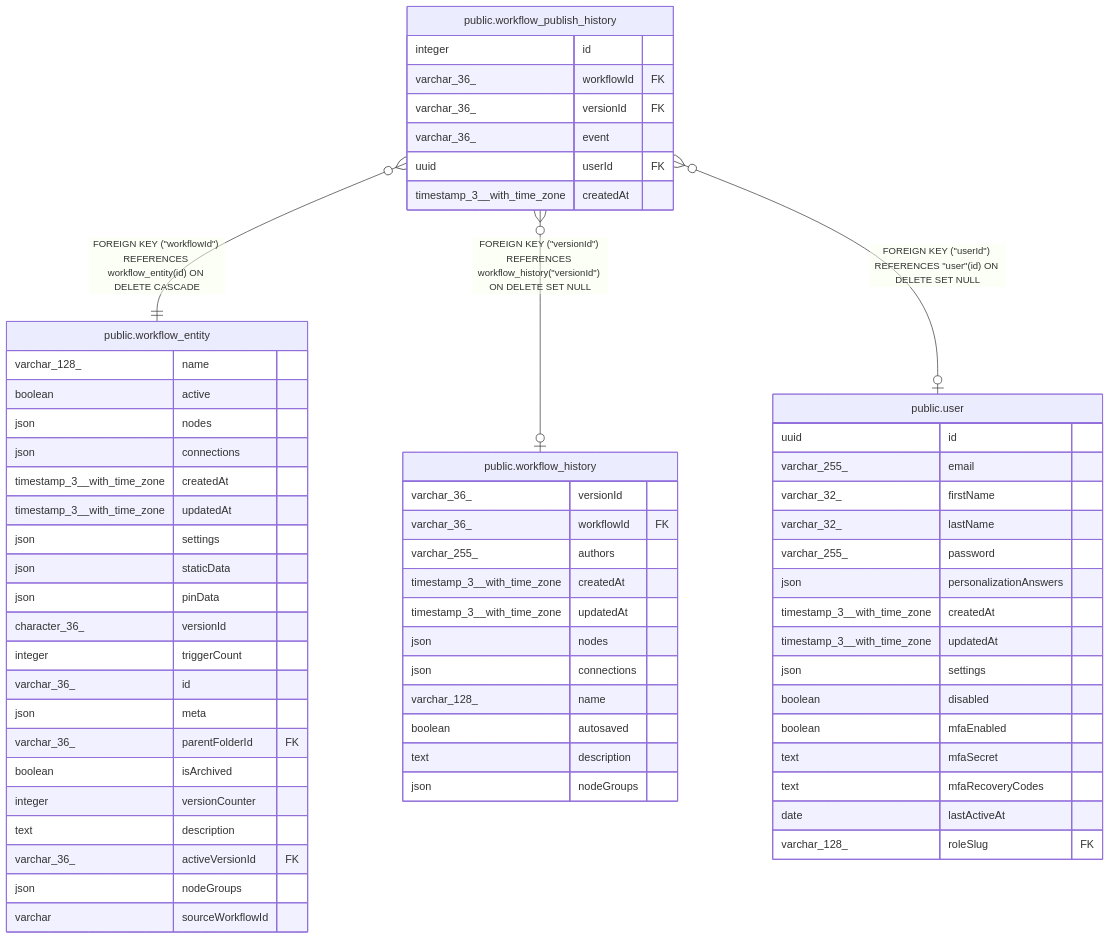
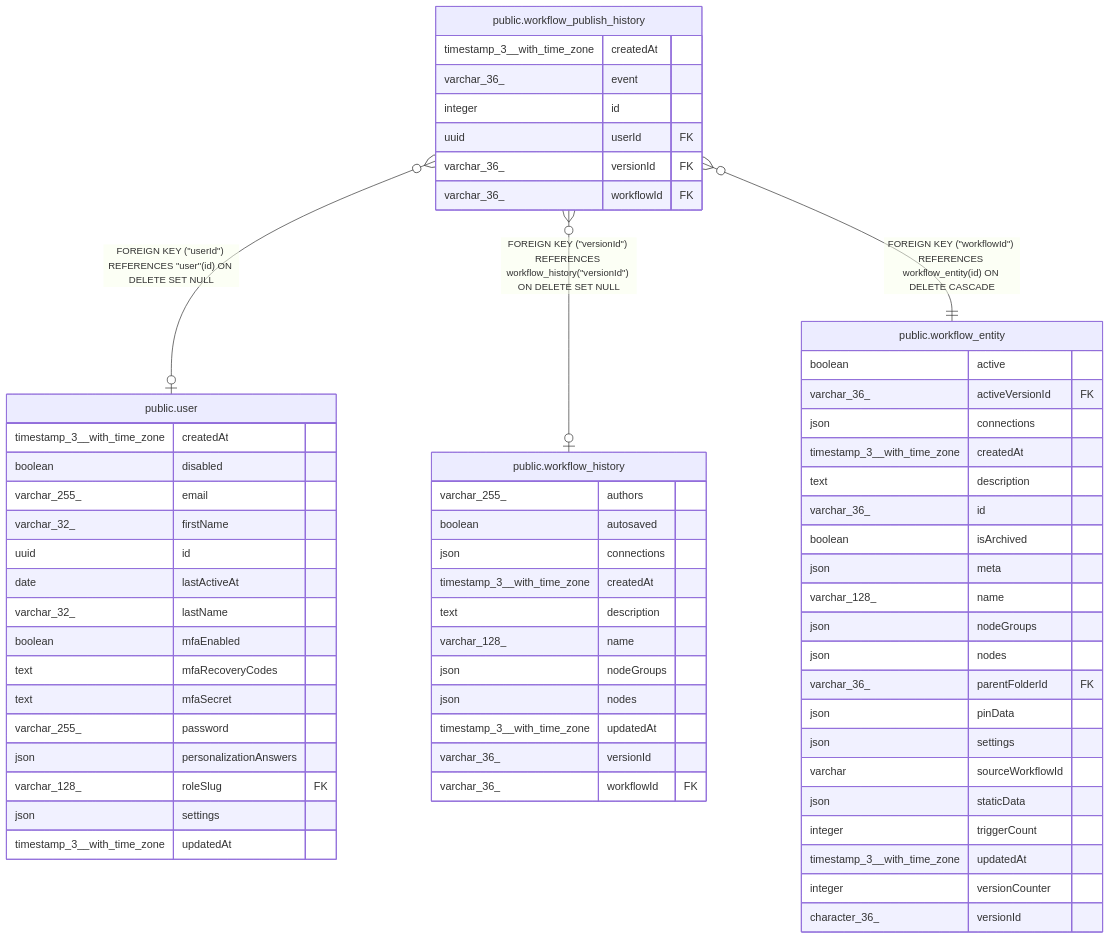
Before and after one commit to mayankjain1815-commits/n8n: the diagram in docs/generated/postgres-schema/public.workflow_publish_history.md, drawn with Mermaid. The commit also changed other lines of this file and 221 other files, not shown here.

Commit message:
chore(core): Make DB schema docs generation deterministic (#32373)

````diff
--- a/docs/generated/postgres-schema/public.workflow_publish_history.md
+++ b/docs/generated/postgres-schema/public.workflow_publish_history.md
@@ -37,68 +37,68 @@
 ```mermaid
 erDiagram
 
+"public.workflow_publish_history" }o--o| "public.user" : "FOREIGN KEY (#quot;userId#quot;) REFERENCES #quot;user#quot;(id) ON DELETE SET NULL"
+"public.workflow_publish_history" }o--o| "public.workflow_history" : "FOREIGN KEY (#quot;versionId#quot;) REFERENCES workflow_history(#quot;versionId#quot;) ON DELETE SET NULL"
 "public.workflow_publish_history" }o--|| "public.workflow_entity" : "FOREIGN KEY (#quot;workflowId#quot;) REFERENCES workflow_entity(id) ON DELETE CASCADE"
-"public.workflow_publish_history" }o--o| "public.workflow_history" : "FOREIGN KEY (#quot;versionId#quot;) REFERENCES workflow_history(#quot;versionId#quot;) ON DELETE SET NULL"
-"public.workflow_publish_history" }o--o| "public.user" : "FOREIGN KEY (#quot;userId#quot;) REFERENCES #quot;user#quot;(id) ON DELETE SET NULL"
 
 "public.workflow_publish_history" {
+  timestamp_3__with_time_zone createdAt
+  varchar_36_ event
   integer id
+  uuid userId FK
+  varchar_36_ versionId FK
   varchar_36_ workflowId FK
-  varchar_36_ versionId FK
-  varchar_36_ event
-  uuid userId FK
+}
+"public.user" {
   timestamp_3__with_time_zone createdAt
+  boolean disabled
+  varchar_255_ email
+  varchar_32_ firstName
+  uuid id
+  date lastActiveAt
+  varchar_32_ lastName
+  boolean mfaEnabled
+  text mfaRecoveryCodes
+  text mfaSecret
+  varchar_255_ password
+  json personalizationAnswers
+  varchar_128_ roleSlug FK
+  json settings
+  timestamp_3__with_time_zone updatedAt
+}
+"public.workflow_history" {
+  varchar_255_ authors
+  boolean autosaved
+  json connections
+  timestamp_3__with_time_zone createdAt
+  text description
+  varchar_128_ name
+  json nodeGroups
+  json nodes
+  timestamp_3__with_time_zone updatedAt
+  varchar_36_ versionId
+  varchar_36_ workflowId FK
 }
 "public.workflow_entity" {
-  varchar_128_ name
   boolean active
-  json nodes
+  varchar_36_ activeVersionId FK
   json connections
   timestamp_3__with_time_zone createdAt
+  text description
+  varchar_36_ id
+  boolean isArchived
+  json meta
+  varchar_128_ name
+  json nodeGroups
+  json nodes
+  varchar_36_ parentFolderId FK
+  json pinData
+  json settings
+  varchar sourceWorkflowId
+  json staticData
+  integer triggerCount
   timestamp_3__with_time_zone updatedAt
-  json settings
-  json staticData
-  json pinData
+  integer versionCounter
   character_36_ versionId
-  integer triggerCount
-  varchar_36_ id
-  json meta
-  varchar_36_ parentFolderId FK
-  boolean isArchived
-  integer versionCounter
-  text description
-  varchar_36_ activeVersionId FK
-  json nodeGroups
-  varchar sourceWorkflowId
-}
-"public.workflow_history" {
-  varchar_36_ versionId
-  varchar_36_ workflowId FK
-  varchar_255_ authors
-  timestamp_3__with_time_zone createdAt
-  timestamp_3__with_time_zone updatedAt
-  json nodes
-  json connections
-  varchar_128_ name
-  boolean autosaved
-  text description
-  json nodeGroups
-}
-"public.user" {
-  uuid id
-  varchar_255_ email
-  varchar_32_ firstName
-  varchar_32_ lastName
-  varchar_255_ password
-  json personalizationAnswers
-  timestamp_3__with_time_zone createdAt
-  timestamp_3__with_time_zone updatedAt
-  json settings
-  boolean disabled
-  boolean mfaEnabled
-  text mfaSecret
-  text mfaRecoveryCodes
-  date lastActiveAt
-  varchar_128_ roleSlug FK
 }
 ```
````
